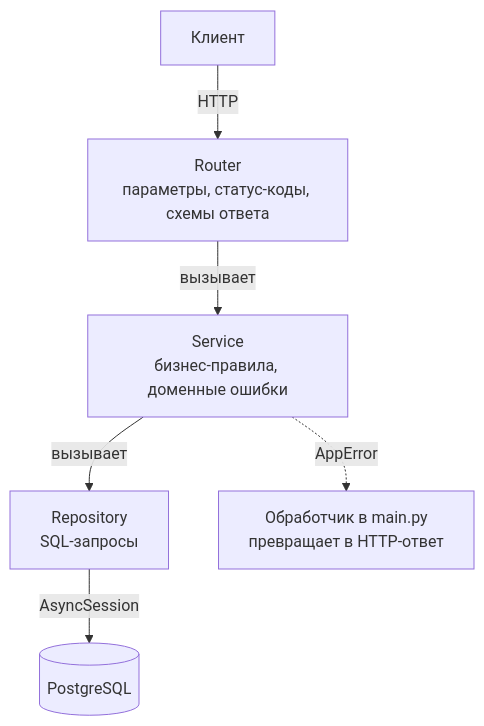
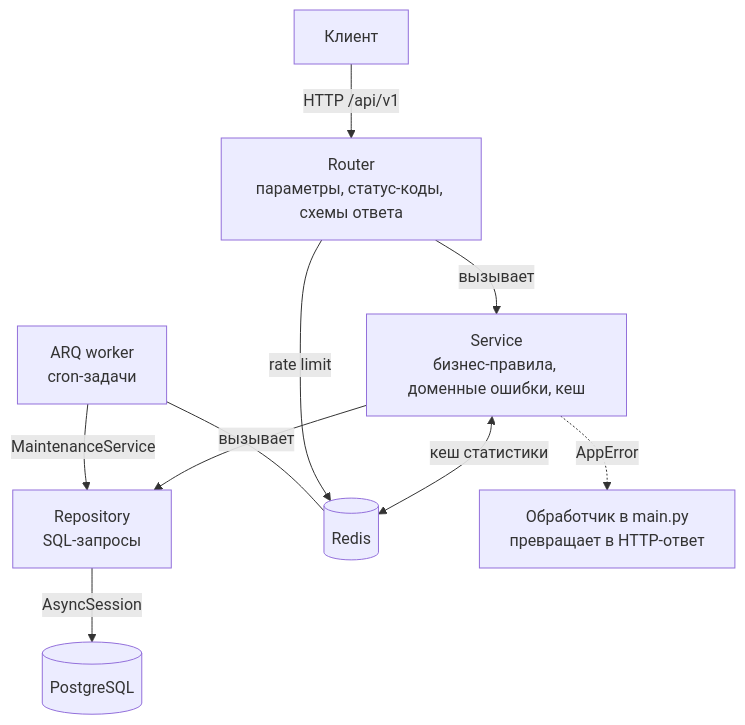
Before and after one commit to arlanbekbergen3-alt/taskflow-api: the first of 2 diagrams in README.md, drawn with Mermaid. The commit also changed other lines of this file and 41 other files, not shown here.

First line of the commit message:
feat: redis cache and rate limit, background jobs, trash, api v1, cors, mypy

````diff
--- a/README.md
+++ b/README.md
@@ -66,8 +73,12 @@
 ```mermaid
 flowchart TD
-    C[Клиент] -->|HTTP| R["Router<br/>параметры, статус-коды, схемы ответа"]
-    R -->|вызывает| S["Service<br/>бизнес-правила, доменные ошибки"]
+    C[Клиент] -->|HTTP /api/v1| R["Router<br/>параметры, статус-коды, схемы ответа"]
+    R -->|вызывает| S["Service<br/>бизнес-правила, доменные ошибки, кеш"]
     S -->|вызывает| P["Repository<br/>SQL-запросы"]
     P -->|AsyncSession| D[(PostgreSQL)]
+    S <-->|кеш статистики| X[(Redis)]
+    R -->|rate limit| X
+    W["ARQ worker<br/>cron-задачи"] -->|MaintenanceService| P
+    W --- X
     S -. AppError .-> H["Обработчик в main.py<br/>превращает в HTTP-ответ"]
 ```
````
